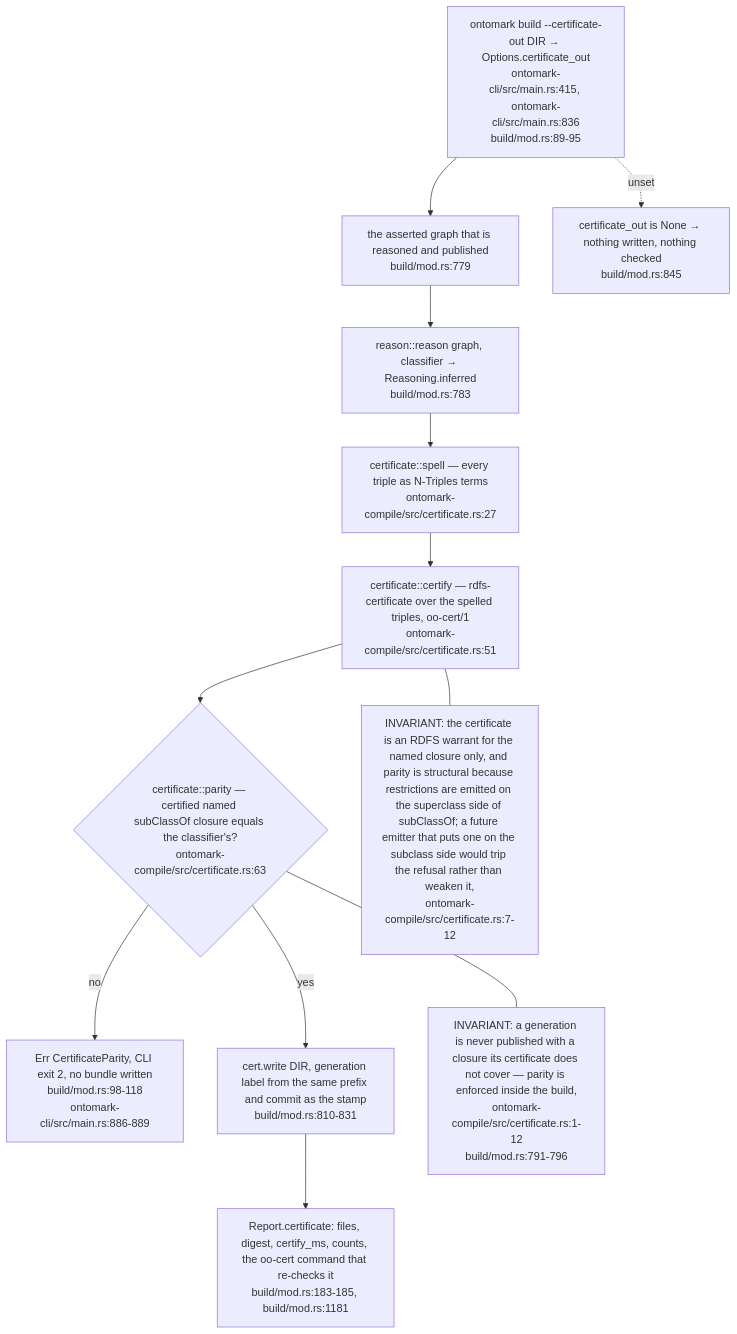
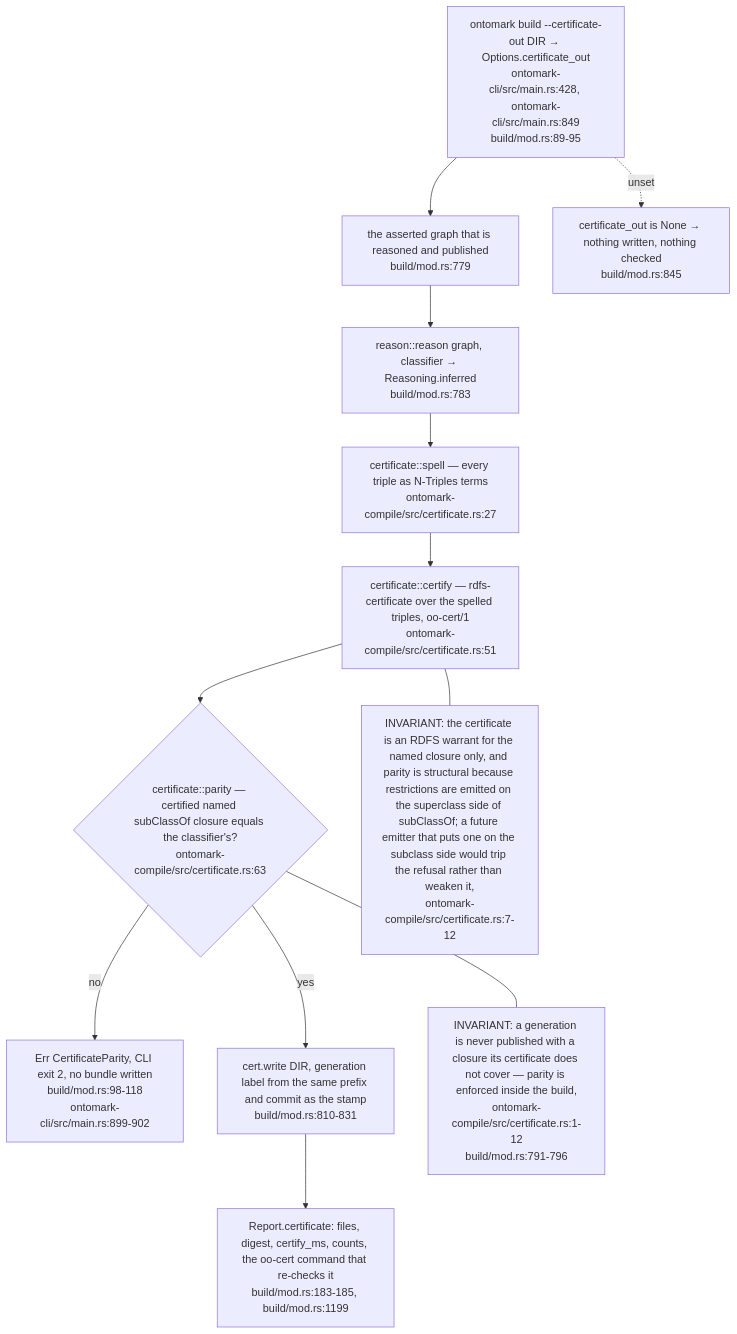
The eighth of 8 diagrams in docs/diagrams/ontomark/03-build-run-gates-staging-and-generation.md (DreamLab-AI/VisionFlow), drawn with Mermaid before and after one commit. The commit also changed other lines of this file and 70 other files, not shown here.

First line of the commit message:
docs(diagrams): re-verify 69 topics at current default-branch heads

````diff
--- a/docs/diagrams/ontomark/03-build-run-gates-staging-and-generation.md
+++ b/docs/diagrams/ontomark/03-build-run-gates-staging-and-generation.md
@@ -315,21 +318,21 @@
 ```mermaid
 flowchart TD
-    FLAG["ontomark build --certificate-out DIR → Options.certificate_out<br/>ontomark-cli/src/main.rs:415, ontomark-cli/src/main.rs:836<br/>build/mod.rs:89-95"]
+    FLAG["ontomark build --certificate-out DIR → Options.certificate_out<br/>ontomark-cli/src/main.rs:428, ontomark-cli/src/main.rs:849<br/>build/mod.rs:89-95"]
     GRAPH["the asserted graph that is reasoned and published<br/>build/mod.rs:779"]
     REASON["reason::reason graph, classifier → Reasoning.inferred<br/>build/mod.rs:783"]
     SPELL["certificate::spell — every triple as N-Triples terms<br/>ontomark-compile/src/certificate.rs:27"]
     CERT["certificate::certify — rdfs-certificate over the spelled triples, oo-cert/1<br/>ontomark-compile/src/certificate.rs:51"]
     PAR{"certificate::parity — certified named subClassOf closure equals the classifier's?<br/>ontomark-compile/src/certificate.rs:63"}
-    REFUSE["Err CertificateParity, CLI exit 2, no bundle written<br/>build/mod.rs:98-118<br/>ontomark-cli/src/main.rs:886-889"]
+    REFUSE["Err CertificateParity, CLI exit 2, no bundle written<br/>build/mod.rs:98-118<br/>ontomark-cli/src/main.rs:899-902"]
     WRITE["cert.write DIR, generation label from the same prefix and commit as the stamp<br/>build/mod.rs:810-831"]
-    REP["Report.certificate: files, digest, certify_ms, counts, the oo-cert command that re-checks it<br/>build/mod.rs:183-185, build/mod.rs:1181"]
+    REP["Report.certificate: files, digest, certify_ms, counts, the oo-cert command that re-checks it<br/>build/mod.rs:183-185, build/mod.rs:1199"]
     NONE["certificate_out is None → nothing written, nothing checked<br/>build/mod.rs:845"]
     FLAG --> GRAPH --> REASON --> SPELL --> CERT --> PAR
     PAR -- no --> REFUSE
     PAR -- yes --> WRITE --> REP
     FLAG -. unset .-> NONE
     n1["INVARIANT: a generation is never published with a closure its certificate does not cover — parity is enforced inside the build,<br/>ontomark-compile/src/certificate.rs:1-12<br/>build/mod.rs:791-796"]
     n2["INVARIANT: the certificate is an RDFS warrant for the named closure only, and parity is structural because restrictions are emitted on the superclass side of subClassOf; a future emitter that puts one on the subclass side would trip the refusal rather than weaken it,<br/>ontomark-compile/src/certificate.rs:7-12"]
     PAR --- n1
     CERT --- n2
 ```
````
